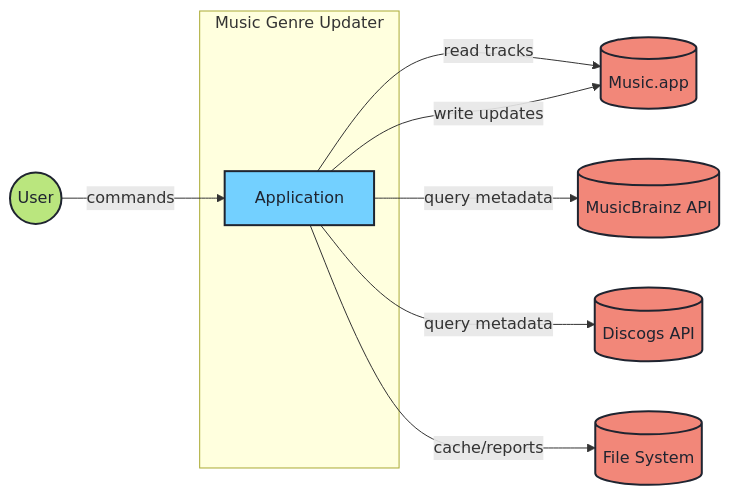
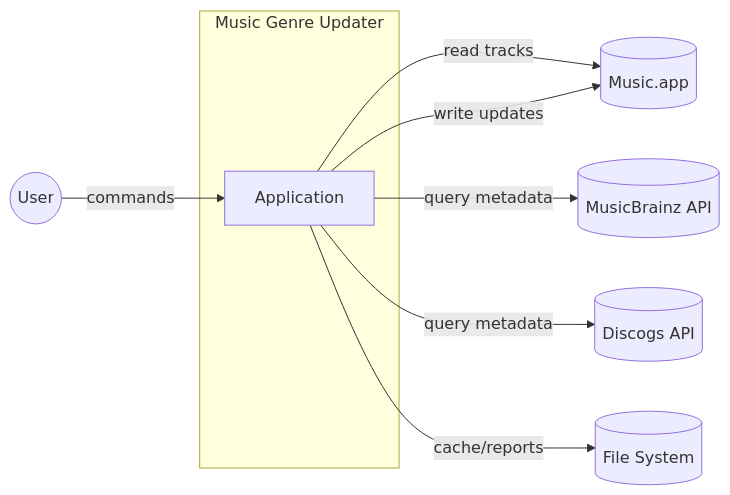
The first of 8 diagrams in docs/architecture/overview.md (barad1tos/GenreUpdater), drawn with Mermaid before and after one commit. The commit also changed other lines of this file and 2 other files, not shown here.

First line of the commit message:
fix(docs): let Material theme Mermaid natively

````diff
--- a/docs/architecture/overview.md
+++ b/docs/architecture/overview.md
@@ -11,25 +11,19 @@
 ```mermaid
 graph LR
     User((User))
 
     subgraph System["Music Genre Updater"]
         MGU[Application]
     end
 
     MusicApp[(Music.app)]
     MB[(MusicBrainz API)]
     DG[(Discogs API)]
     FS[(File System)]
     User -->|commands| MGU
     MGU -->|read tracks| MusicApp
     MGU -->|write updates| MusicApp
     MGU -->|query metadata| MB
     MGU -->|query metadata| DG
     MGU -->|cache/reports| FS
-    classDef external fill:#F28779, stroke:#1F2430, stroke-width:2px, color:#1F2430
-    classDef system fill:#73D0FF, stroke:#1F2430, stroke-width:2px, color:#1F2430
-    classDef user fill:#BAE67E, stroke:#1F2430, stroke-width:2px, color:#1F2430
-    class MusicApp,MB,DG,FS external
-    class MGU system
-    class User user
 ```
````
